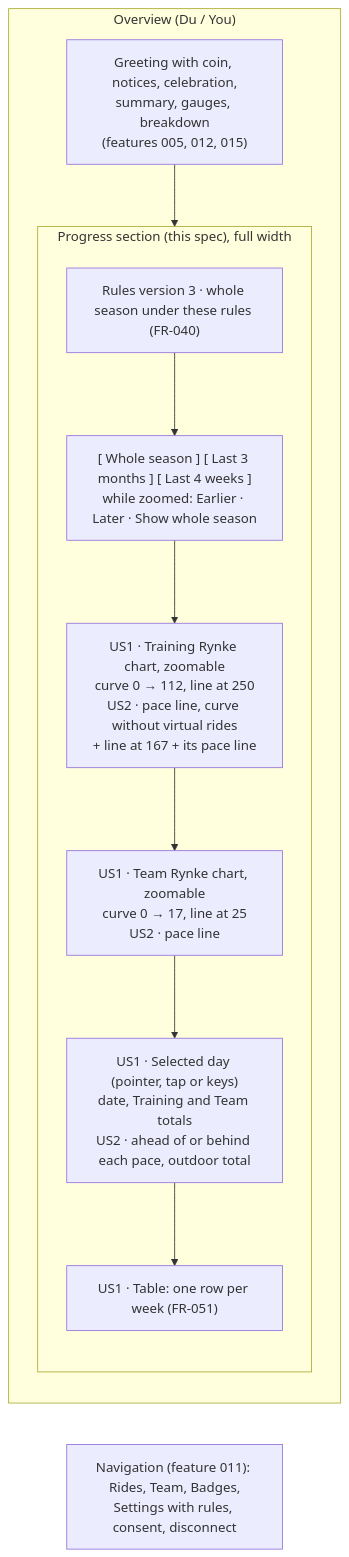
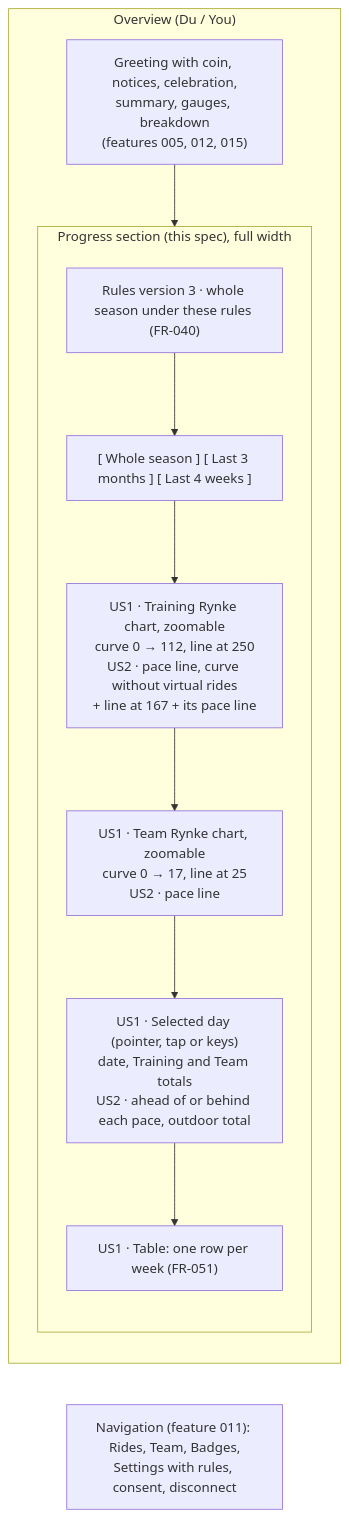
One commit to SaSteffen/RynkePoints changed the fourth of 9 diagrams in specs/009-rider-progress-charts/spec.md. Above: the diagram before and after it, drawn with Mermaid. The commit also changed other lines of this file and 15 other files, not shown here.

First line of the commit message:
feat(009): drop the Earlier, Later and Show whole season buttons

````diff
--- a/specs/009-rider-progress-charts/spec.md
+++ b/specs/009-rider-progress-charts/spec.md
@@ -718,20 +718,20 @@
 ```mermaid
 flowchart TB
     subgraph page["Overview (Du / You)"]
         direction TB
         before["Greeting with coin, notices, celebration,<br/>summary, gauges, breakdown<br/>(features 005, 012, 015)"]
         subgraph section["Progress section (this spec), full width"]
             direction TB
             label["Rules version 3 · whole season under these rules (FR-040)"]
-            periods["[ Whole season ] [ Last 3 months ] [ Last 4 weeks ]<br/>while zoomed: Earlier · Later · Show whole season"]
+            periods["[ Whole season ] [ Last 3 months ] [ Last 4 weeks ]"]
             c1["US1 · Training Rynke chart, zoomable<br/>curve 0 → 112, line at 250<br/>US2 · pace line, curve without virtual rides<br/>+ line at 167 + its pace line"]
             c2["US1 · Team Rynke chart, zoomable<br/>curve 0 → 17, line at 25<br/>US2 · pace line"]
             details["US1 · Selected day (pointer, tap or keys)<br/>date, Training and Team totals<br/>US2 · ahead of or behind each pace, outdoor total"]
             table["US1 · Table: one row per week (FR-051)"]
             label --> periods --> c1 --> c2 --> details --> table
         end
         before --> section
     end
     nav["Navigation (feature 011): Rides, Team, Badges,<br/>Settings with rules, consent, disconnect"]
     page ~~~ nav
 ```
````
